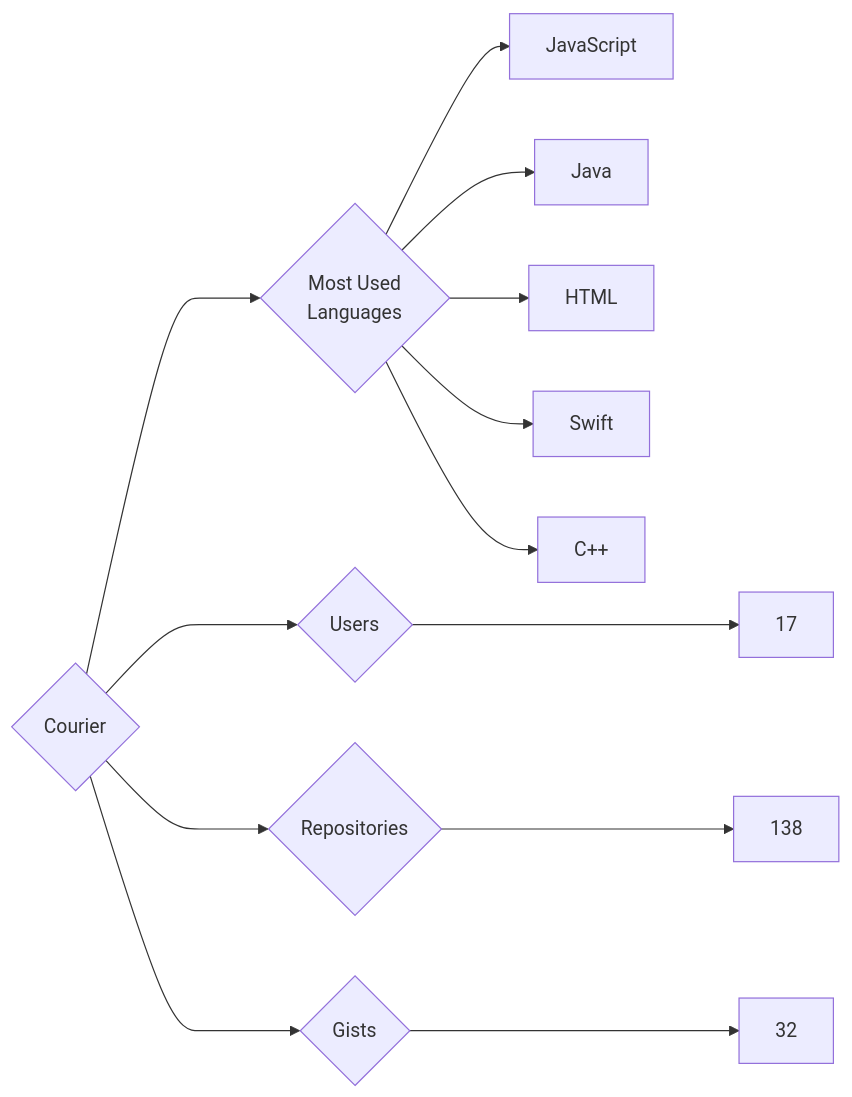
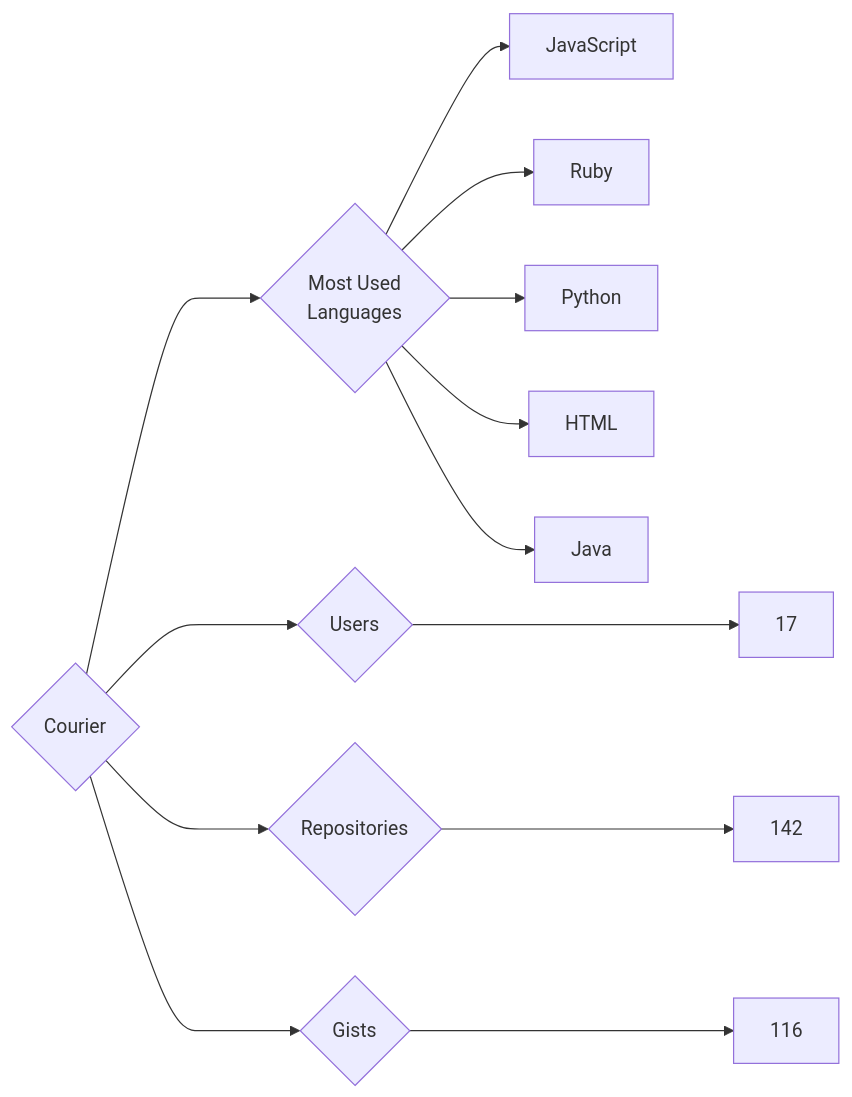
Before and after one commit to trickest/insiders: the diagram in targets/Courier/README.md, drawn with Mermaid. The commit also changed 927 other files, not shown here.

````diff
--- a/targets/Courier/README.md
+++ b/targets/Courier/README.md
@@ -3,13 +3,13 @@
 ```mermaid
 graph LR
 COMPANY_NAME{Courier}
 COMPANY_NAME ---> U{Users} ---> UN[17]
-COMPANY_NAME ---> R{Repositories} ---> RN[138]
-COMPANY_NAME ---> G{Gists} ---> GN[32]
+COMPANY_NAME ---> R{Repositories} ---> RN[142]
+COMPANY_NAME ---> G{Gists} ---> GN[116]
 COMPANY_NAME ---> ML{Most Used<br>Languages}
 ML --> JavaScript[JavaScript]
+ML --> Ruby[Ruby]
+ML --> Python[Python]
+ML --> HTML[HTML]
 ML --> Java[Java]
-ML --> HTML[HTML]
-ML --> Swift[Swift]
-ML --> C++[C++]
 ```
````
